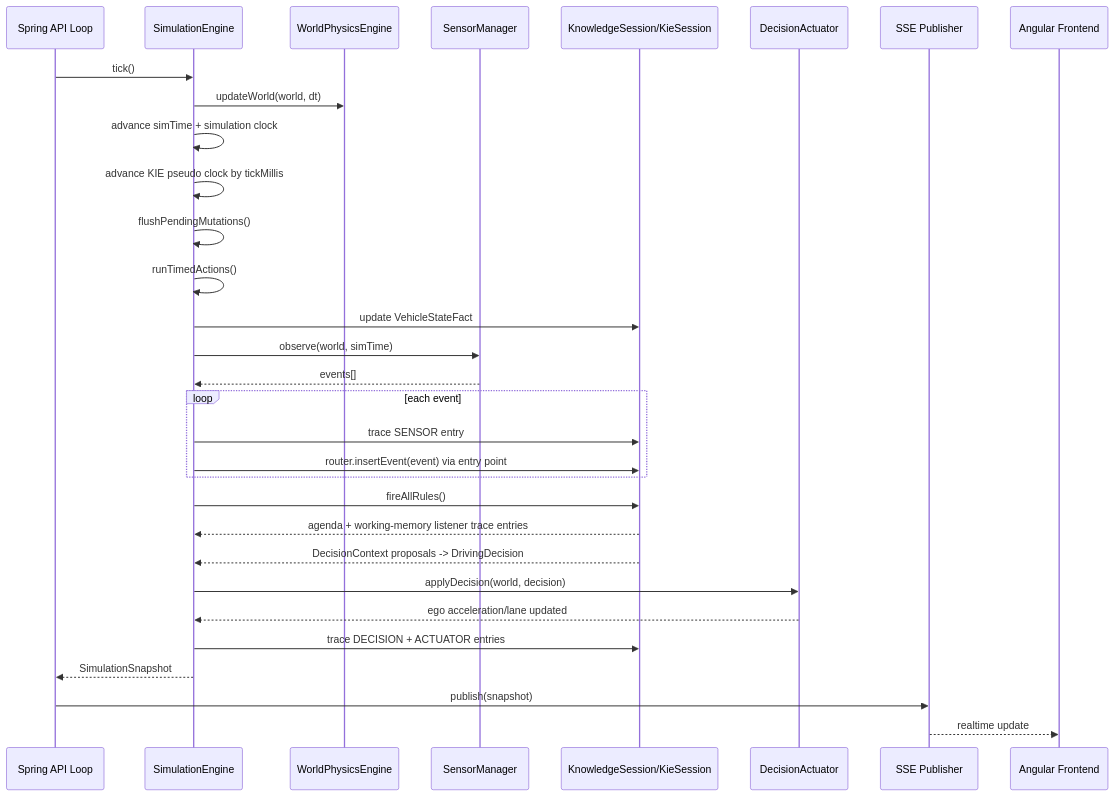
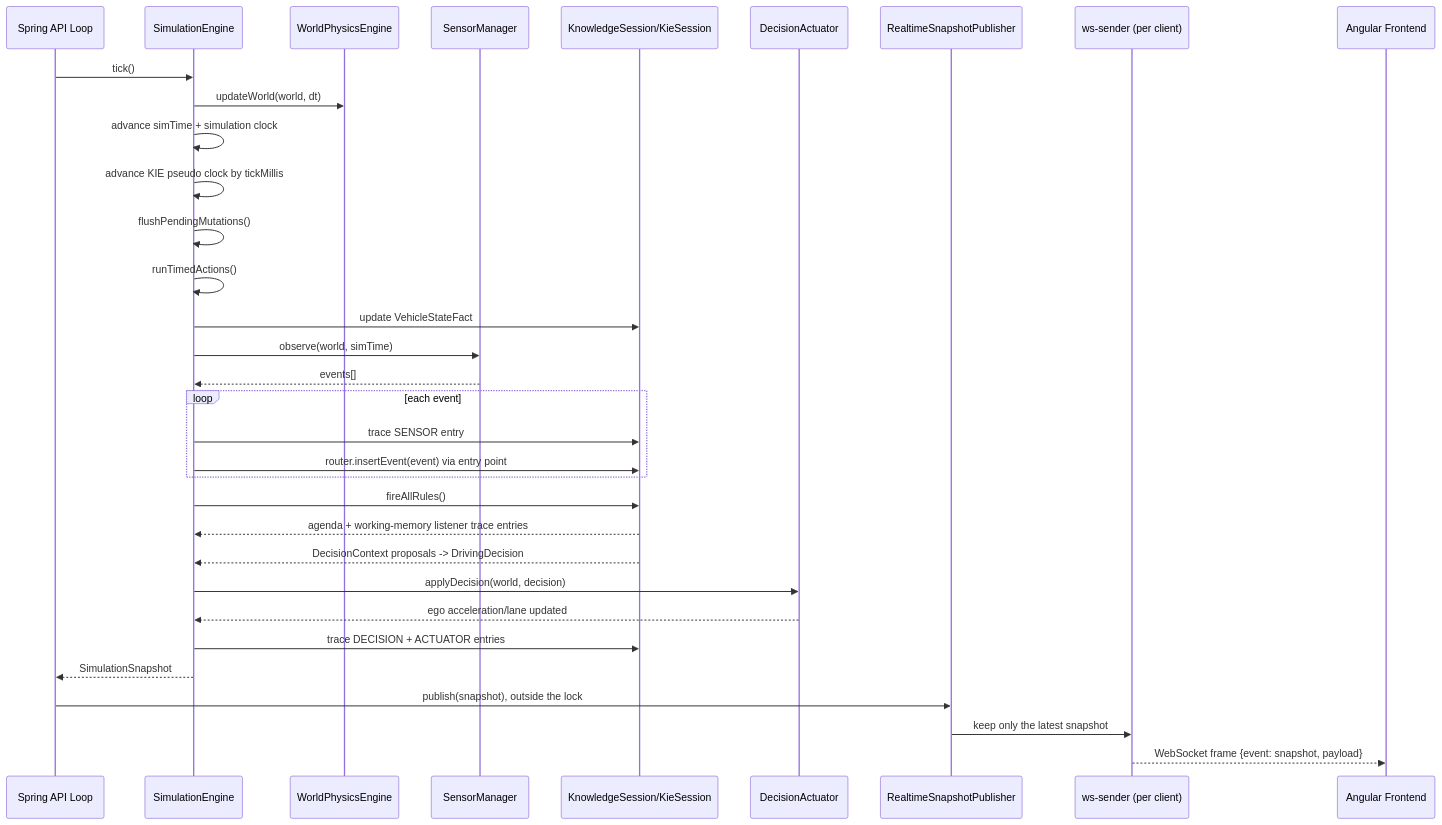
Before and after one commit to 1-2Drive/projeto-1: the diagram in diagrams/03-simulation-tick-sequence.md, drawn with Mermaid. The commit also changed 25 other files, not shown here.

````diff
--- a/diagrams/03-simulation-tick-sequence.md
+++ b/diagrams/03-simulation-tick-sequence.md
@@ -1,34 +1,36 @@
 ```mermaid
 sequenceDiagram
     participant API as Spring API Loop
     participant ENG as SimulationEngine
     participant PHY as WorldPhysicsEngine
     participant SNS as SensorManager
     participant KIE as KnowledgeSession/KieSession
     participant ACT as DecisionActuator
-    participant SSE as SSE Publisher
+    participant PUB as RealtimeSnapshotPublisher
+    participant WS as ws-sender (per client)
     participant ANG as Angular Frontend
 
     API->>ENG: tick()
     ENG->>PHY: updateWorld(world, dt)
     ENG->>ENG: advance simTime + simulation clock
     ENG->>ENG: advance KIE pseudo clock by tickMillis
     ENG->>ENG: flushPendingMutations()
     ENG->>ENG: runTimedActions()
     ENG->>KIE: update VehicleStateFact
     ENG->>SNS: observe(world, simTime)
     SNS-->>ENG: events[]
     loop each event
         ENG->>KIE: trace SENSOR entry
         ENG->>KIE: router.insertEvent(event) via entry point
     end
     ENG->>KIE: fireAllRules()
     KIE-->>ENG: agenda + working-memory listener trace entries
     KIE-->>ENG: DecisionContext proposals -> DrivingDecision
     ENG->>ACT: applyDecision(world, decision)
     ACT-->>ENG: ego acceleration/lane updated
     ENG->>KIE: trace DECISION + ACTUATOR entries
     ENG-->>API: SimulationSnapshot
-    API->>SSE: publish(snapshot)
-    SSE-->>ANG: realtime update
+    API->>PUB: publish(snapshot), outside the lock
+    PUB->>WS: keep only the latest snapshot
+    WS-->>ANG: WebSocket frame {event: snapshot, payload}
 ```
````
